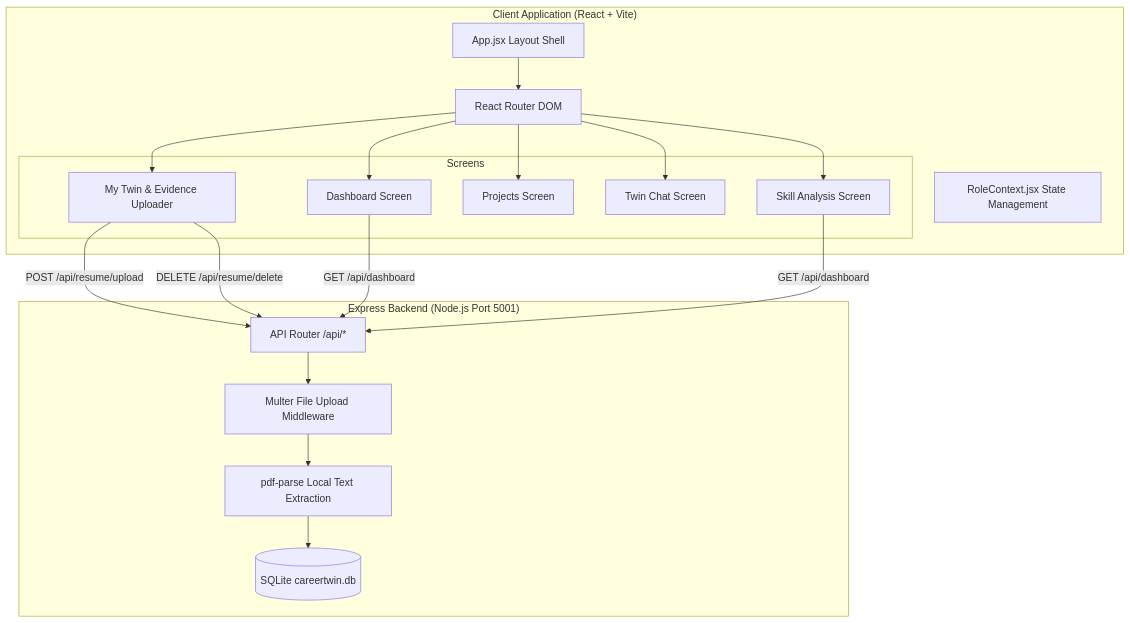
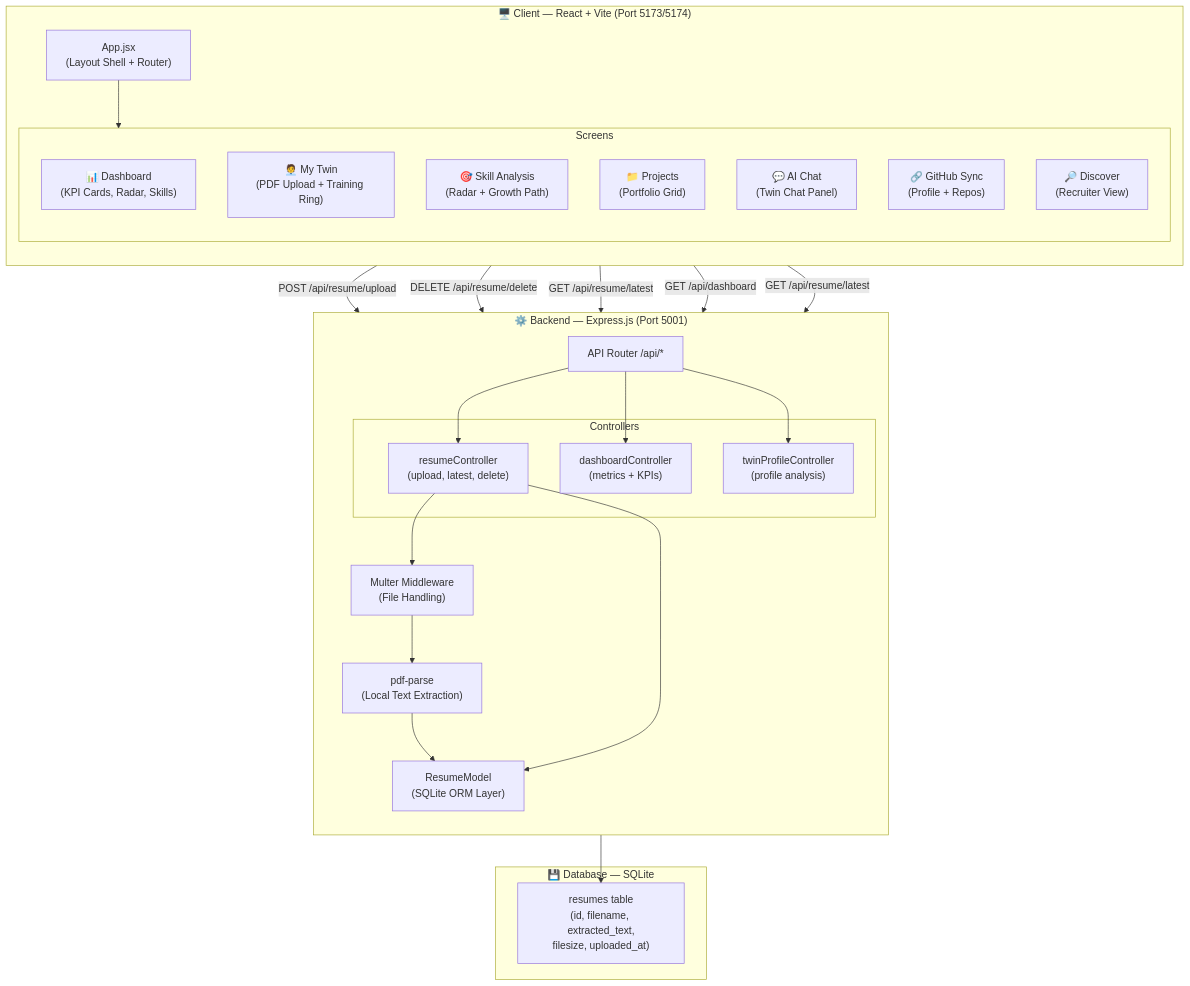
Before and after one commit to gayathrisathishkumarr/CareerTwinAI: the first of 7 diagrams in README.md, drawn with Mermaid. The commit also changed other lines of this file, not shown here.

Commit message:
docs: Complete hackathon-grade README with all required sections — team, problem, features, architecture, workflows, API docs, security, testing, challenges, and references

````diff
--- a/README.md
+++ b/README.md
@@ -93,30 +124,48 @@
 ```mermaid
-graph TD
-    subgraph "Client Application (React + Vite)"
-        App[App.jsx Layout Shell]
-        RC[RoleContext.jsx State Management]
-        Router[React Router DOM]
+graph TB
+    subgraph CLIENT["🖥️ Client — React + Vite (Port 5173/5174)"]
+        direction TB
+        App["App.jsx\n(Layout Shell + Router)"]
         
-        subgraph "Screens"
-            Dash[Dashboard Screen]
-            SA[Skill Analysis Screen]
-            Proj[Projects Screen]
-            Chat[Twin Chat Screen]
-            Setup[My Twin & Evidence Uploader]
+        subgraph SCREENS["Screens"]
+            Dashboard["📊 Dashboard\n(KPI Cards, Radar, Skills)"]
+            Setup["🧑‍💼 My Twin\n(PDF Upload + Training Ring)"]
+            SkillAnalysis["🎯 Skill Analysis\n(Radar + Growth Path)"]
+            Projects["📁 Projects\n(Portfolio Grid)"]
+            Chat["💬 AI Chat\n(Twin Chat Panel)"]
+            GitHubSync["🔗 GitHub Sync\n(Profile + Repos)"]
+            Discover["🔎 Discover\n(Recruiter View)"]
         end
     end
 
-    subgraph "Express Backend (Node.js Port 5001)"
-        Routes[API Router /api/*]
-        Multer[Multer File Upload Middleware]
-        PDF[pdf-parse Local Text Extraction]
-        DB[(SQLite careertwin.db)]
+    subgraph BACKEND["⚙️ Backend — Express.js (Port 5001)"]
+        direction TB
+        Router["API Router /api/*"]
+        
+        subgraph CONTROLLERS["Controllers"]
+            RC["resumeController\n(upload, latest, delete)"]
+            DC["dashboardController\n(metrics + KPIs)"]
+            TC["twinProfileController\n(profile analysis)"]
+        end
+        
+        Multer["Multer Middleware\n(File Handling)"]
+        PDFParse["pdf-parse\n(Local Text Extraction)"]
+        ResumeModel["ResumeModel\n(SQLite ORM Layer)"]
     end
 
-    App --> Router
-    Router --> Dash & SA & Proj & Chat & Setup
-    Setup -->|POST /api/resume/upload| Routes
-    Setup -->|DELETE /api/resume/delete| Routes
-    Routes --> Multer --> PDF --> DB
-    Dash & SA -->|GET /api/dashboard| Routes
+    subgraph DB["💾 Database — SQLite"]
+        ResumesTable["resumes table\n(id, filename, extracted_text,\nfilesize, uploaded_at)"]
+    end
+
+    App --> SCREENS
+    Setup -->|"POST /api/resume/upload"| Router
+    Setup -->|"DELETE /api/resume/delete"| Router
+    Setup -->|"GET /api/resume/latest"| Router
+    Dashboard -->|"GET /api/dashboard"| Router
+    SkillAnalysis -->|"GET /api/resume/latest"| Router
+
+    Router --> RC & DC & TC
+    RC --> Multer --> PDFParse --> ResumeModel
+    RC --> ResumeModel
+    ResumeModel --> ResumesTable
 ```
````
